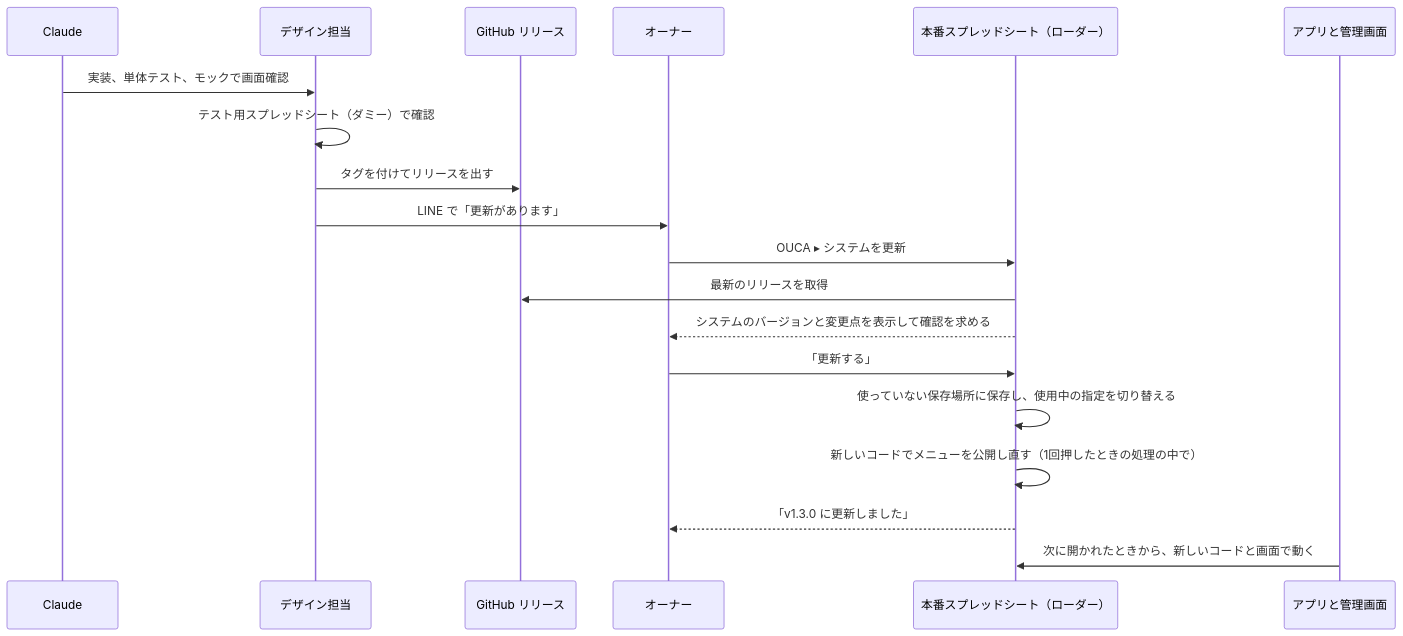
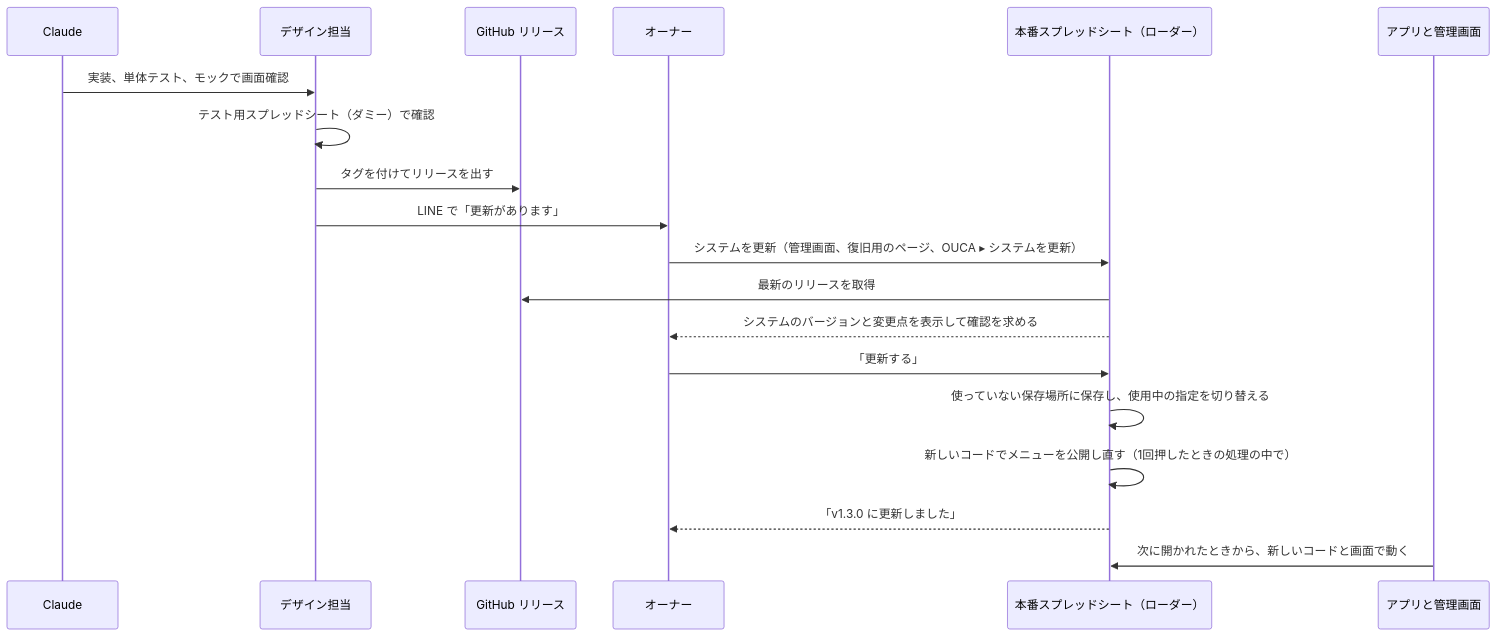
One commit to yuk-wq/ouca changed the second of 2 diagrams in docs/to-be/delivery-flow.md. Above: the diagram before and after it, drawn with Mermaid. The commit also changed other lines of this file, not shown here.

````diff
--- a/docs/to-be/delivery-flow.md
+++ b/docs/to-be/delivery-flow.md
@@ -129,21 +130,21 @@
 ```mermaid
 sequenceDiagram
   participant C as Claude
   participant D as デザイン担当
   participant R as GitHub リリース
   participant O as オーナー
   participant S as 本番スプレッドシート（ローダー）
   participant W as アプリと管理画面
   C->>D: 実装、単体テスト、モックで画面確認
   D->>D: テスト用スプレッドシート（ダミー）で確認
   D->>R: タグを付けてリリースを出す
   D->>O: LINE で「更新があります」
-  O->>S: OUCA ▸ システムを更新
+  O->>S: システムを更新（管理画面、復旧用のページ、OUCA ▸ システムを更新）
   S->>R: 最新のリリースを取得
   S-->>O: システムのバージョンと変更点を表示して確認を求める
   O->>S: 「更新する」
   S->>S: 使っていない保存場所に保存し、使用中の指定を切り替える
   S->>S: 新しいコードでメニューを公開し直す（1回押したときの処理の中で）
   S-->>O: 「v1.3.0 に更新しました」
   W->>S: 次に開かれたときから、新しいコードと画面で動く
 ```
````
